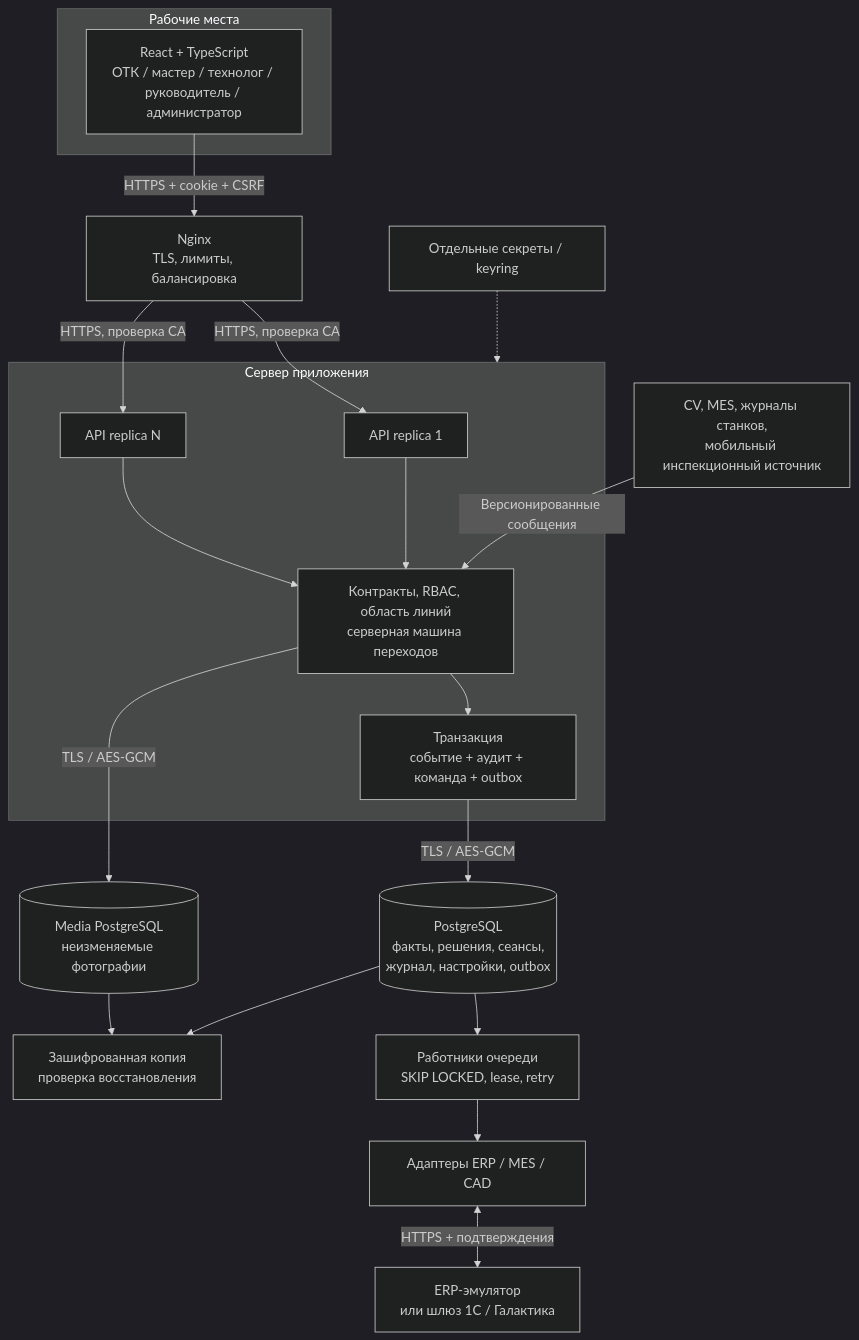
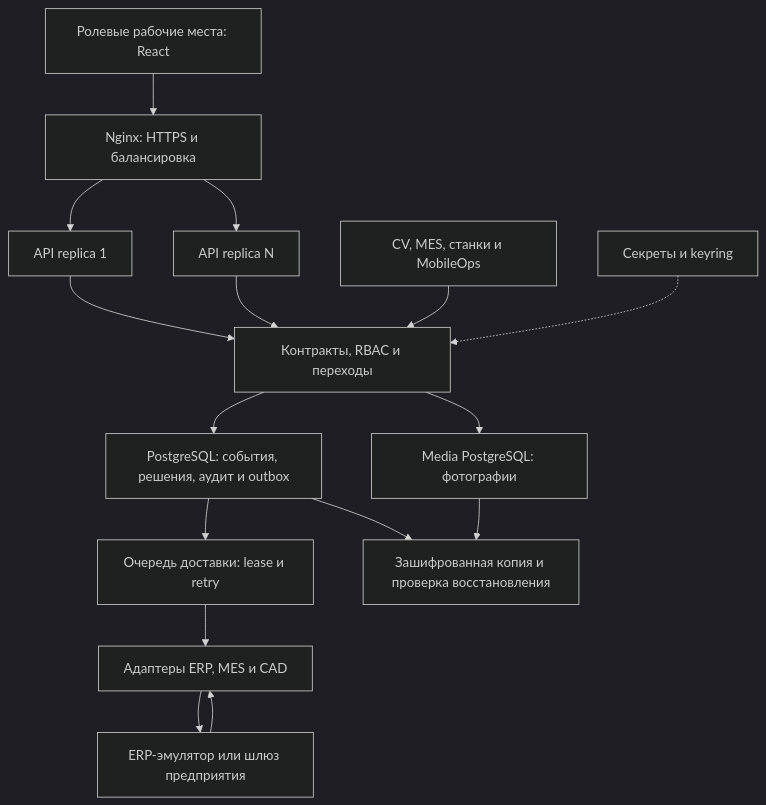
The second of 2 diagrams in README.md (Serghei-S/Cosmo_hack_final), drawn with Mermaid (dark theme) before and after one commit.

Commit message:
docs: simplify architecture diagram for GitHub Mermaid

````diff
--- a/README.md
+++ b/README.md
@@ -471,23 +471,18 @@
 ```mermaid
 flowchart TB
-  subgraph Clients[Рабочие места]
-    Browser[React + TypeScript<br/>ОТК / мастер / технолог / руководитель / администратор]
-  end
-  Browser -->|HTTPS + cookie + CSRF| Web[Nginx<br/>TLS, лимиты, балансировка]
-  Web -->|HTTPS, проверка CA| A[API replica 1]
-  Web -->|HTTPS, проверка CA| B[API replica N]
-  subgraph Core[Сервер приложения]
-    A --> Policy[Контракты, RBAC, область линий<br/>серверная машина переходов]
-    B --> Policy
-    Policy --> Tx[Транзакция<br/>событие + аудит + команда + outbox]
-  end
-  Tx -->|TLS / AES-GCM| DB[(PostgreSQL<br/>факты, решения, сеансы,<br/>журнал, настройки, outbox)]
-  Policy -->|TLS / AES-GCM| Media[(Media PostgreSQL<br/>неизменяемые фотографии)]
-  DB --> Workers[Работники очереди<br/>SKIP LOCKED, lease, retry]
-  Workers --> Adapters[Адаптеры ERP / MES / CAD]
-  Adapters <-->|HTTPS + подтверждения| ERP[ERP-эмулятор<br/>или шлюз 1С / Галактика]
-  Sources[CV, MES, журналы станков,<br/>мобильный инспекционный источник] -->|Версионированные сообщения| Policy
-  Secrets[Отдельные секреты / keyring] -.-> Core
-  DB --> Backup[Зашифрованная копия<br/>проверка восстановления]
+  Browser["Ролевые рабочие места: React"] --> Web["Nginx: HTTPS и балансировка"]
+  Web --> API1["API replica 1"]
+  Web --> API2["API replica N"]
+  API1 --> Policy["Контракты, RBAC и переходы"]
+  API2 --> Policy
+  Sources["CV, MES, станки и MobileOps"] --> Policy
+  Secrets["Секреты и keyring"] -.-> Policy
+  Policy --> DB["PostgreSQL: события, решения, аудит и outbox"]
+  Policy --> Media["Media PostgreSQL: фотографии"]
+  DB --> Workers["Очередь доставки: lease и retry"]
+  Workers --> Adapters["Адаптеры ERP, MES и CAD"]
+  Adapters --> ERP["ERP-эмулятор или шлюз предприятия"]
+  ERP --> Adapters
+  DB --> Backup["Зашифрованная копия и проверка восстановления"]
   Media --> Backup
 ```
````
